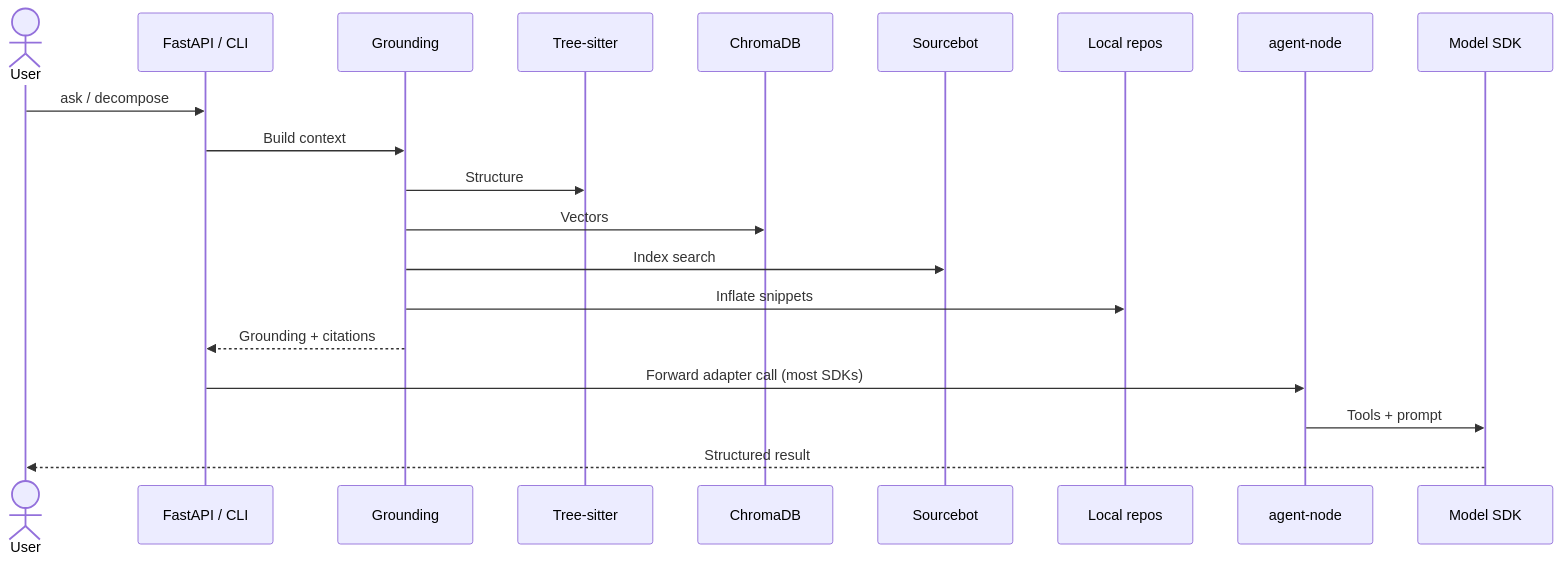
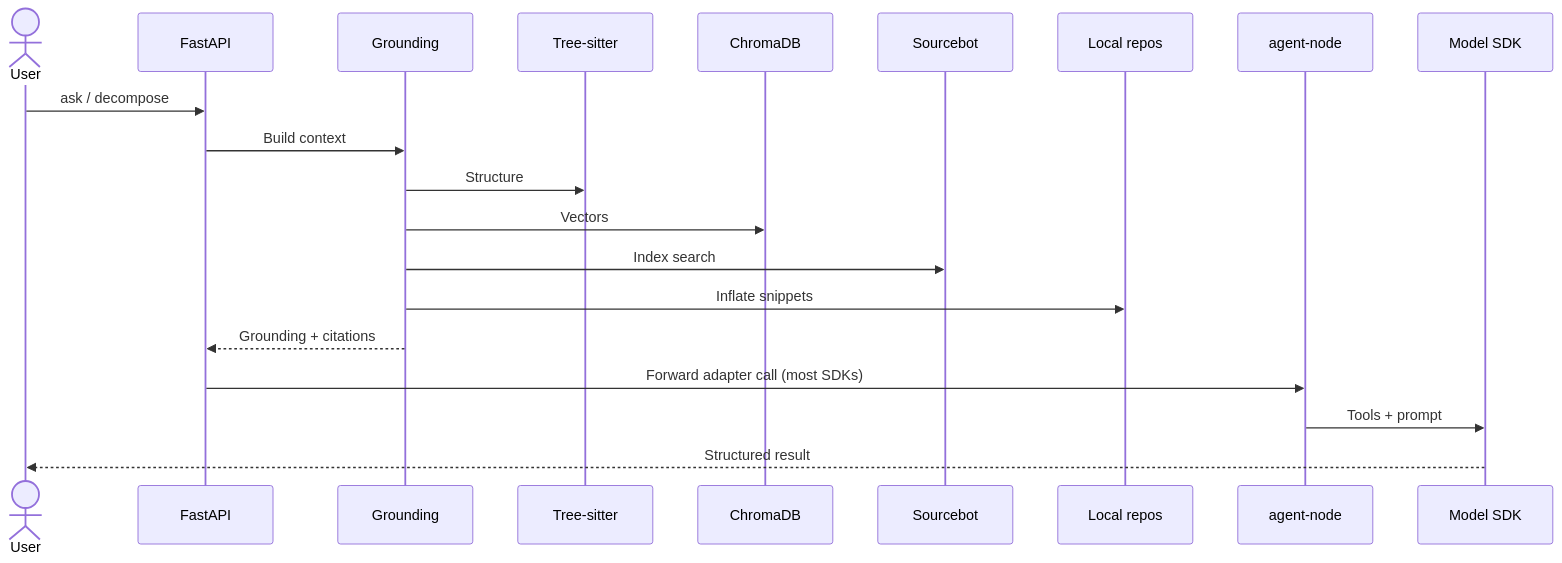
The second of 2 diagrams in README.md (MHMALEK/polycontext), drawn with Mermaid before and after one commit. The commit also changed other lines of this file and 25 other files, not shown here.

Commit message:
Unify decomposition on Sourcebot plus a structured post-process, and remove unused paths (deep decompose, Serena, multi-command CLI) so runtime matches the API-first workflow.

````diff
--- a/README.md
+++ b/README.md
@@ -168,23 +167,23 @@
 ```mermaid
 sequenceDiagram
     actor U as User
-    participant API as FastAPI / CLI
+    participant API as FastAPI
     participant G as Grounding
     participant AST as Tree-sitter
     participant Chroma as ChromaDB
     participant Sbot as Sourcebot
     participant FS as Local repos
     participant AN as agent-node
     participant LLM as Model SDK
 
     U->>API: ask / decompose
     API->>G: Build context
     G->>AST: Structure
     G->>Chroma: Vectors
     G->>Sbot: Index search
     G->>FS: Inflate snippets
     G-->>API: Grounding + citations
     API->>AN: Forward adapter call (most SDKs)
     AN->>LLM: Tools + prompt
     LLM-->>U: Structured result
 ```
````
